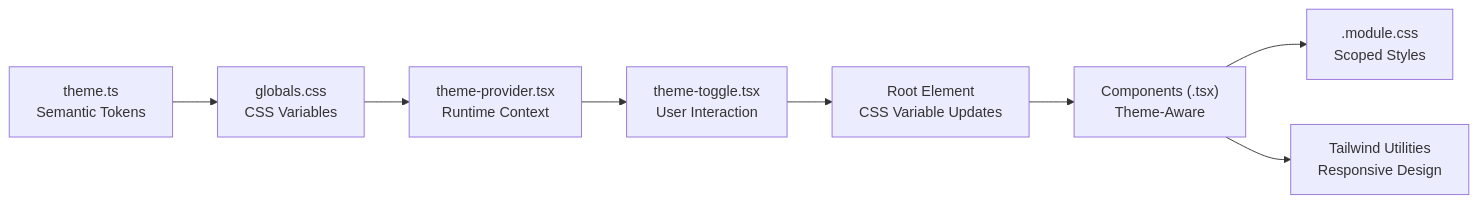
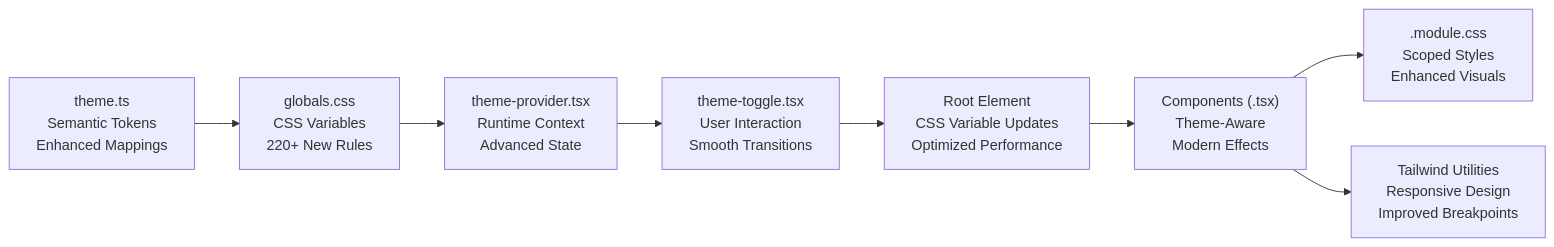
One commit to HassanAmeer/cheaprouter changed the tenth of 10 diagrams in .qoder/repowiki/en/content/Frontend Architecture/Styling System.md. Above: the diagram before and after it, drawn with Mermaid. The commit also changed other lines of this file and 10 other files, not shown here.

````diff
--- a/.qoder/repowiki/en/content/Frontend Architecture/Styling System.md
+++ b/.qoder/repowiki/en/content/Frontend Architecture/Styling System.md
@@ -458,10 +468,10 @@
 ```mermaid
 graph LR
-Config["theme.ts<br/>Semantic Tokens"] --> Globals["globals.css<br/>CSS Variables"]
-Globals --> Provider["theme-provider.tsx<br/>Runtime Context"]
-Provider --> Toggle["theme-toggle.tsx<br/>User Interaction"]
-Toggle --> Root["Root Element<br/>CSS Variable Updates"]
-Root --> Components["Components (.tsx)<br/>Theme-Aware"]
-Components --> Modules[".module.css<br/>Scoped Styles"]
-Components --> Tailwind["Tailwind Utilities<br/>Responsive Design"]
+Config["theme.ts<br/>Semantic Tokens<br/>Enhanced Mappings"] --> Globals["globals.css<br/>CSS Variables<br/>220+ New Rules"]
+Globals --> Provider["theme-provider.tsx<br/>Runtime Context<br/>Advanced State"]
+Provider --> Toggle["theme-toggle.tsx<br/>User Interaction<br/>Smooth Transitions"]
+Toggle --> Root["Root Element<br/>CSS Variable Updates<br/>Optimized Performance"]
+Root --> Components["Components (.tsx)<br/>Theme-Aware<br/>Modern Effects"]
+Components --> Modules[".module.css<br/>Scoped Styles<br/>Enhanced Visuals"]
+Components --> Tailwind["Tailwind Utilities<br/>Responsive Design<br/>Improved Breakpoints"]
 ```
````
